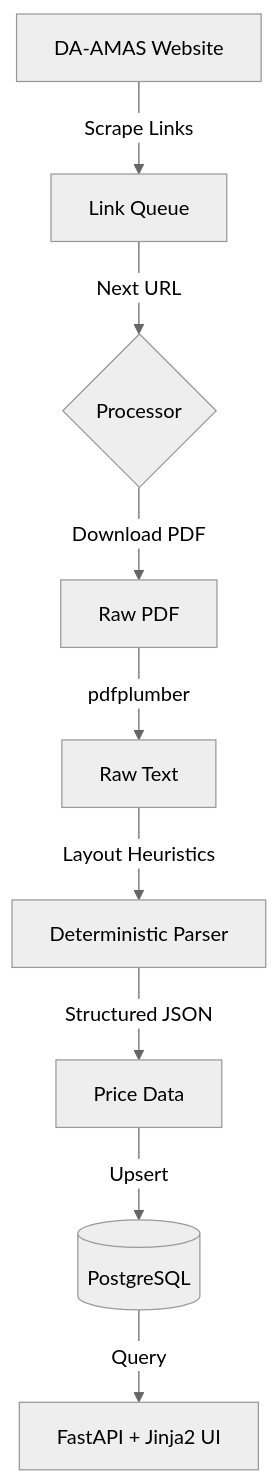
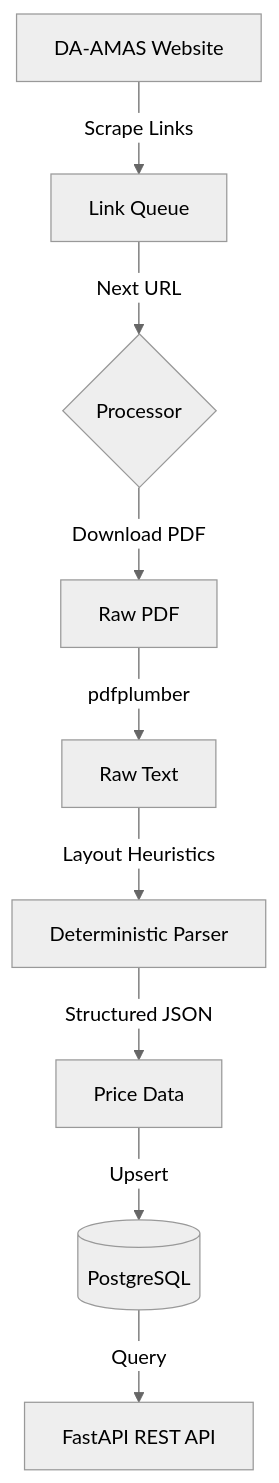
Before and after one commit to leodyversemilla07/agri-bantay-presyo: the diagram in docs/technical_architecture.md, drawn with Mermaid (neutral theme). The commit also changed other lines of this file and 30 other files, not shown here.

````diff
--- a/docs/technical_architecture.md
+++ b/docs/technical_architecture.md
@@ -22,11 +22,11 @@
 ```mermaid
 graph TD
     A[DA-AMAS Website] -->|Scrape Links| B[Link Queue]
     B -->|Next URL| C{Processor}
     C -->|Download PDF| D[Raw PDF]
     D -->|pdfplumber| E[Raw Text]
     E -->|Layout Heuristics| F[Deterministic Parser]
     F -->|Structured JSON| G[Price Data]
     G -->|Upsert| H[(PostgreSQL)]
-    H -->|Query| I[FastAPI + Jinja2 UI]
+    H -->|Query| I[FastAPI REST API]
 ```
````
